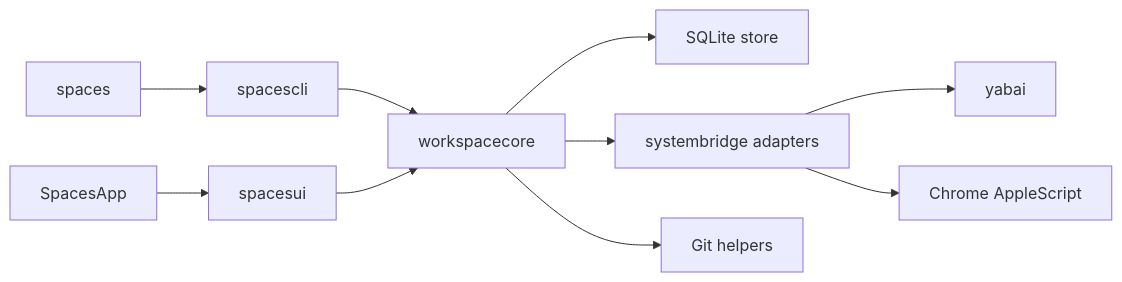
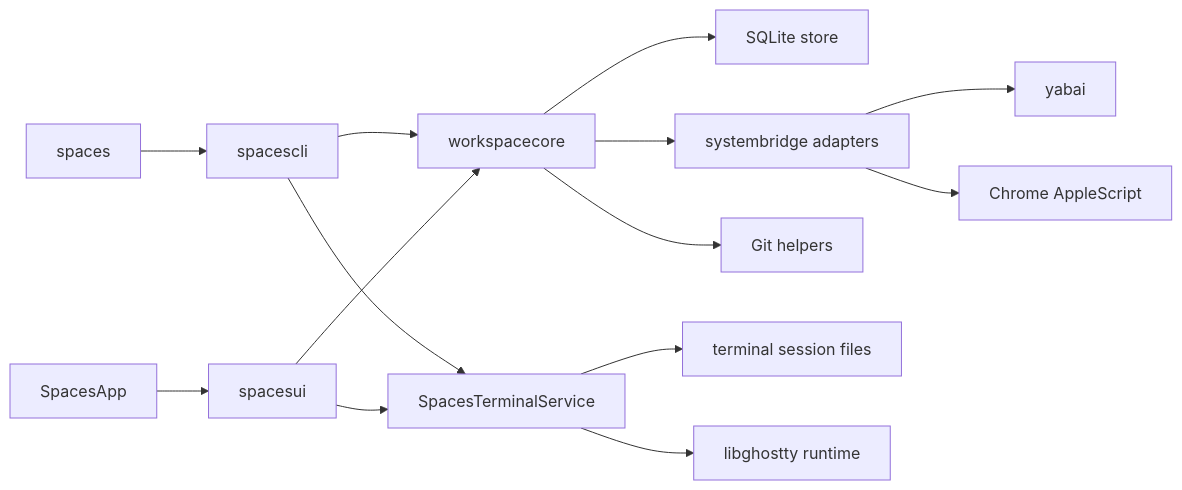
One commit to yogesh-dhande/spaces changed the first of 2 diagrams in apps/macos/docs/architecture.md. Above: the diagram before and after it, drawn with Mermaid. The commit also changed other lines of this file and 38 other files, not shown here.

````diff
--- a/apps/macos/docs/architecture.md
+++ b/apps/macos/docs/architecture.md
@@ -17,14 +17,19 @@
 ```mermaid
 flowchart LR
   cli["spaces"] --> spacescli["spacescli"]
   spacescli --> stream["workspacecore"]
+  spacescli --> terminalservice["SpacesTerminalService"]
   app["SpacesApp"] --> spacesui["spacesui"]
   spacesui --> stream
+  spacesui --> terminalservice
 
   stream --> store["SQLite store"]
   stream --> systembridge["systembridge adapters"]
   stream --> git["Git helpers"]
 
+  terminalservice --> terminalfiles["terminal session files"]
+  terminalservice --> ghostty["libghostty runtime"]
+
   systembridge --> yabai["yabai"]
   systembridge --> chrome["Chrome AppleScript"]
 ```
````
